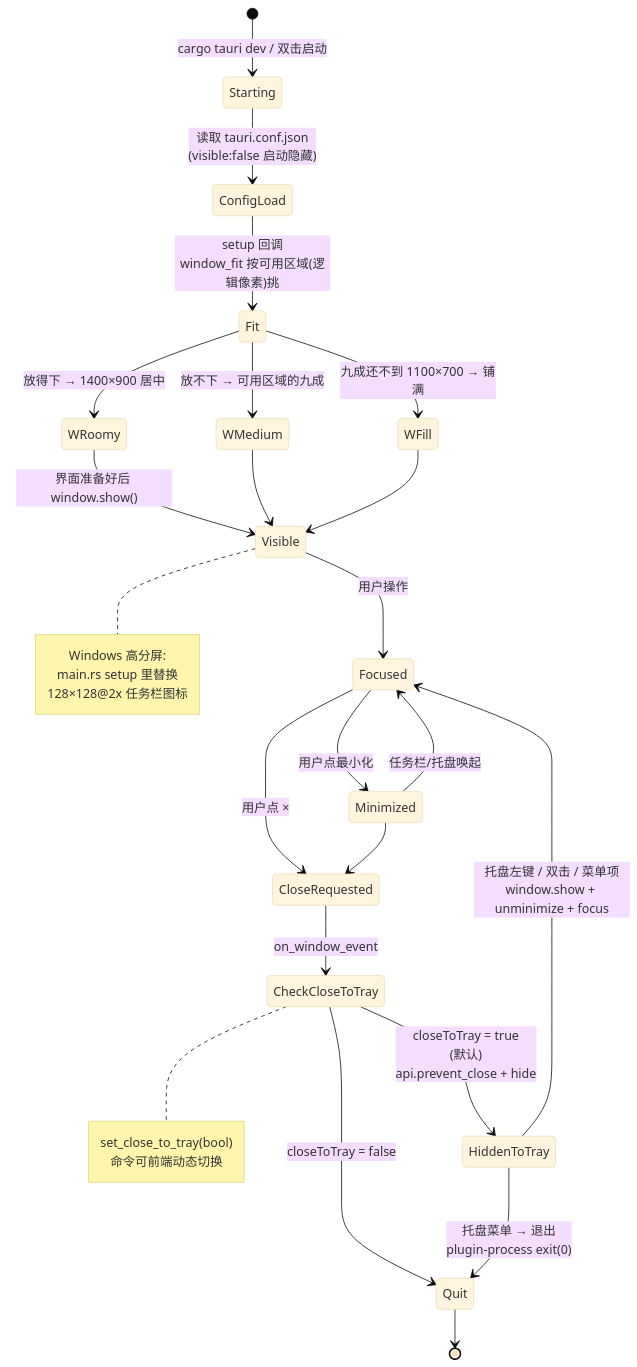
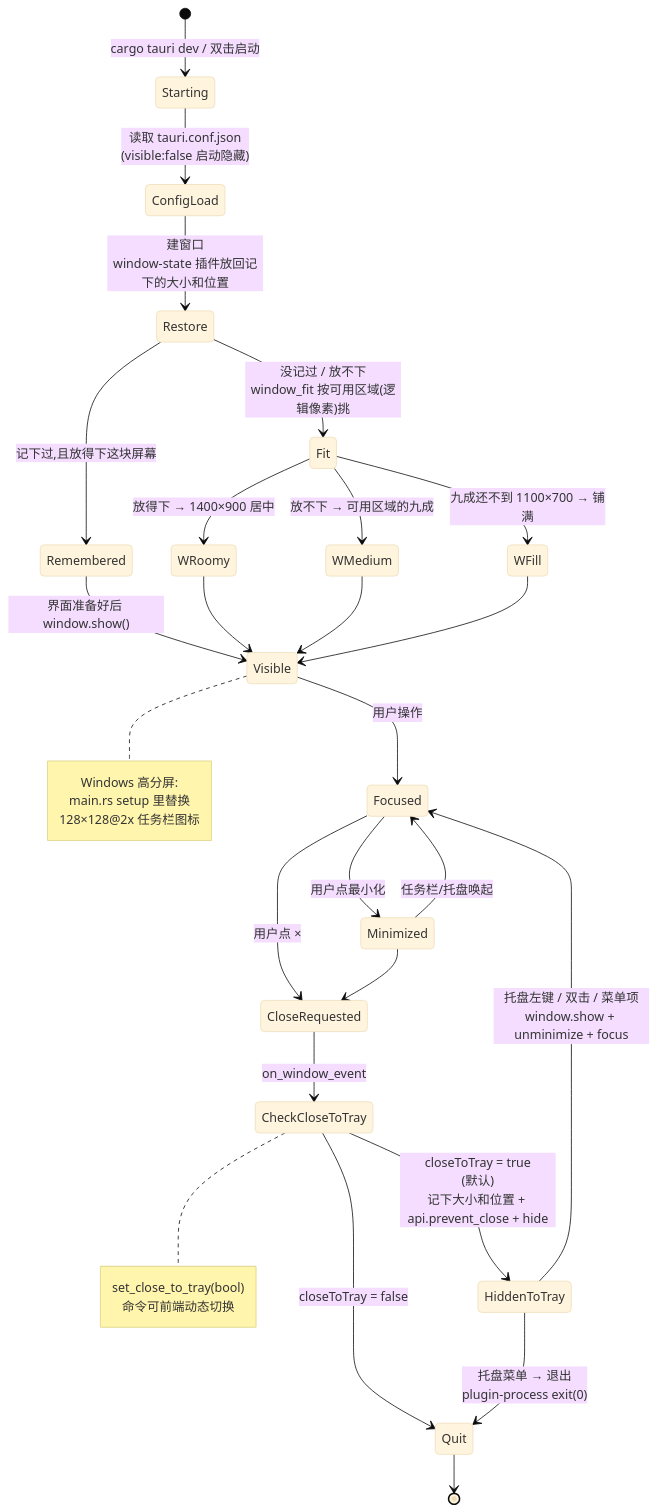
One commit to joeyliu6/PicNexus changed the first of 4 diagrams in docs/flows/window-system-integration.md. Above: the diagram before and after it, drawn with Mermaid (base theme). The commit also changed other lines of this file and 5 other files, not shown here.

````diff
--- a/docs/flows/window-system-integration.md
+++ b/docs/flows/window-system-integration.md
@@ -27,42 +27,45 @@
 ```mermaid
 stateDiagram-v2
     [*] --> Starting: cargo tauri dev / 双击启动
 
     Starting --> ConfigLoad: 读取 tauri.conf.json<br/>(visible:false 启动隐藏)
-    ConfigLoad --> Fit: setup 回调<br/>window_fit 按可用区域(逻辑像素)挑
+    ConfigLoad --> Restore: 建窗口<br/>window-state 插件放回记下的大小和位置
+    Restore --> Remembered: 记下过,且放得下这块屏幕
+    Restore --> Fit: 没记过 / 放不下<br/>window_fit 按可用区域(逻辑像素)挑
     Fit --> WRoomy: 放得下 → 1400×900 居中
     Fit --> WMedium: 放不下 → 可用区域的九成
     Fit --> WFill: 九成还不到 1100×700 → 铺满
 
-    WRoomy --> Visible: 界面准备好后 window.show()
+    Remembered --> Visible: 界面准备好后 window.show()
+    WRoomy --> Visible
     WMedium --> Visible
     WFill --> Visible
 
     Visible --> Focused: 用户操作
 
     Focused --> Minimized: 用户点最小化
     Minimized --> Focused: 任务栏/托盘唤起
 
     Focused --> CloseRequested: 用户点 ×
     Minimized --> CloseRequested
 
     CloseRequested --> CheckCloseToTray: on_window_event
-    CheckCloseToTray --> HiddenToTray: closeToTray = true<br/>(默认)<br/>api.prevent_close + hide
+    CheckCloseToTray --> HiddenToTray: closeToTray = true<br/>(默认)<br/>记下大小和位置 + api.prevent_close + hide
     CheckCloseToTray --> Quit: closeToTray = false
 
     HiddenToTray --> Focused: 托盘左键 / 双击 / 菜单项<br/>window.show + unminimize + focus
     HiddenToTray --> Quit: 托盘菜单 → 退出<br/>plugin-process exit(0)
 
     Quit --> [*]
 
     note right of CheckCloseToTray
       set_close_to_tray(bool)
       命令可前端动态切换
     end note
 
     note right of Visible
       Windows 高分屏:
       main.rs setup 里替换
       128×128@2x 任务栏图标
     end note
 ```
````
